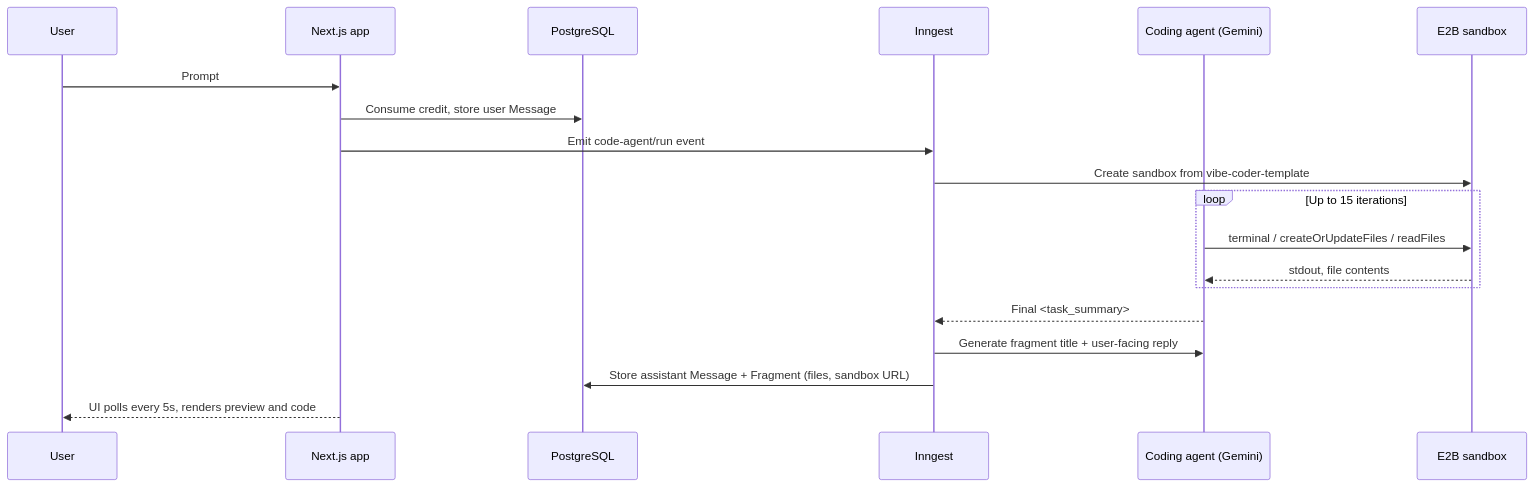
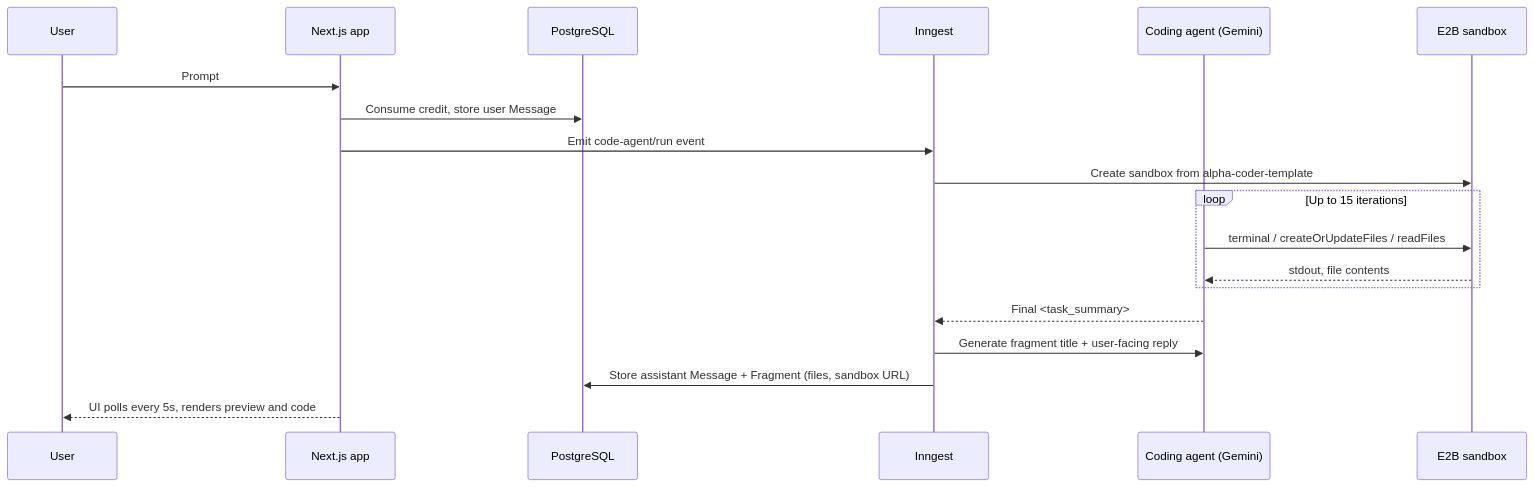
Before and after one commit to Nayanchandrakar/lovable: the diagram in README.md, drawn with Mermaid. The commit also changed other lines of this file and 11 other files, not shown here.

````diff
--- a/README.md
+++ b/README.md
@@ -51,22 +51,22 @@
 ```mermaid
 sequenceDiagram
     participant U as User
     participant W as Next.js app
     participant DB as PostgreSQL
     participant I as Inngest
     participant A as Coding agent (Gemini)
     participant S as E2B sandbox
 
     U->>W: Prompt
     W->>DB: Consume credit, store user Message
     W->>I: Emit code-agent/run event
-    I->>S: Create sandbox from vibe-coder-template
+    I->>S: Create sandbox from alpha-coder-template
     loop Up to 15 iterations
         A->>S: terminal / createOrUpdateFiles / readFiles
         S-->>A: stdout, file contents
     end
     A-->>I: Final <task_summary>
     I->>A: Generate fragment title + user-facing reply
     I->>DB: Store assistant Message + Fragment (files, sandbox URL)
     W-->>U: UI polls every 5s, renders preview and code
 ```
````
